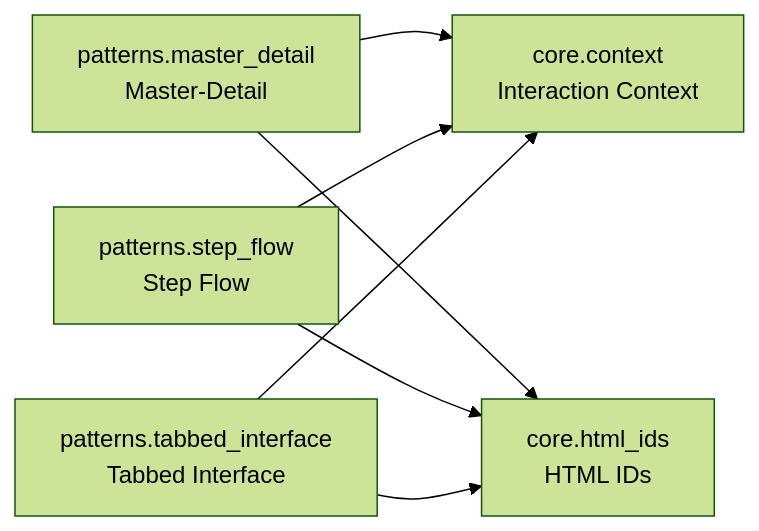
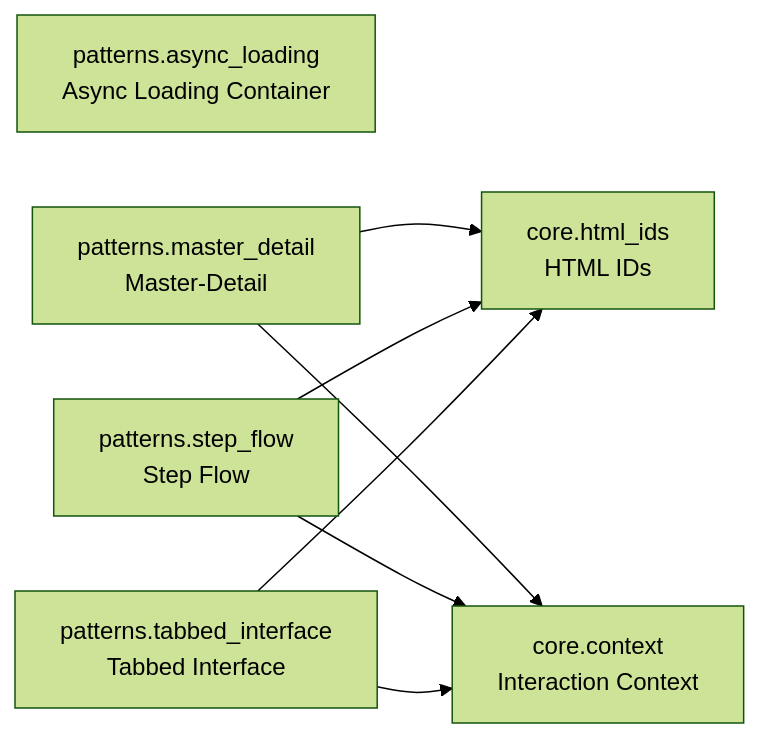
The diagram in README.md (cj-mills/cjm-fasthtml-interactions), drawn with Mermaid (forest theme) before and after one commit. The commit also changed other lines of this file and 5 other files, not shown here.

````diff
--- a/README.md
+++ b/README.md
@@ -27,15 +28,16 @@
 ``` mermaid
 graph LR
     core_context[core.context<br/>Interaction Context]
     core_html_ids[core.html_ids<br/>HTML IDs]
+    patterns_async_loading[patterns.async_loading<br/>Async Loading Container]
     patterns_master_detail[patterns.master_detail<br/>Master-Detail]
     patterns_step_flow[patterns.step_flow<br/>Step Flow]
     patterns_tabbed_interface[patterns.tabbed_interface<br/>Tabbed Interface]
 
+    patterns_master_detail --> core_html_ids
     patterns_master_detail --> core_context
-    patterns_master_detail --> core_html_ids
+    patterns_step_flow --> core_html_ids
     patterns_step_flow --> core_context
-    patterns_step_flow --> core_html_ids
+    patterns_tabbed_interface --> core_html_ids
     patterns_tabbed_interface --> core_context
-    patterns_tabbed_interface --> core_html_ids
 ```
````
